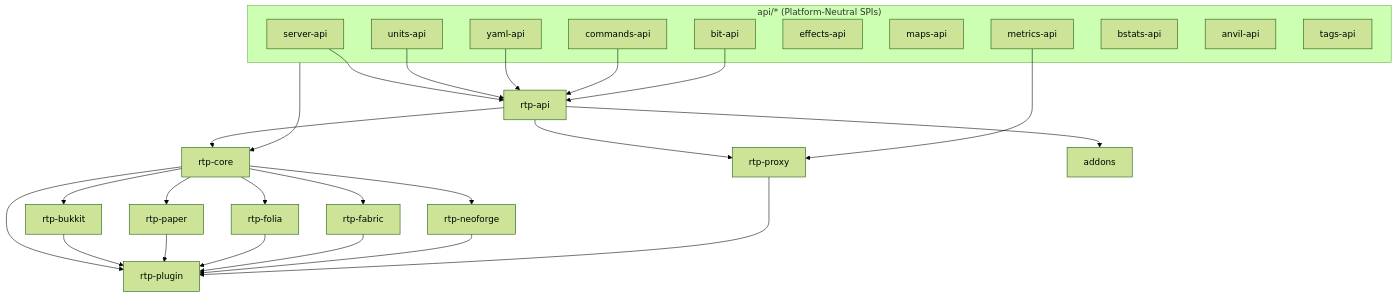
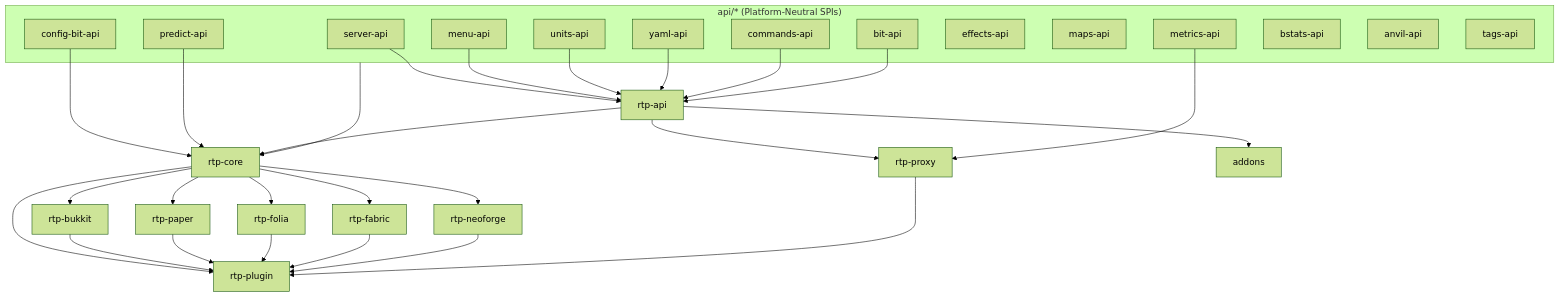
One commit to DailyStruggle/RTP changed the diagram in docs/dev/ARCHITECTURE.md. Above: the diagram before and after it, drawn with Mermaid (forest theme). The commit also changed other lines of this file and 236 other files, not shown here.

````diff
--- a/docs/dev/ARCHITECTURE.md
+++ b/docs/dev/ARCHITECTURE.md
@@ -56,43 +59,49 @@
 ```mermaid
 graph TD
     subgraph SPI ["api/* (Platform-Neutral SPIs)"]
         server-api
         units-api
         yaml-api
         commands-api
         bit-api
+        config-bit-api
+        menu-api
+        predict-api
         effects-api
         maps-api
         metrics-api
         bstats-api
         anvil-api
         tags-api
     end
 
     server-api --> rtp-api
+    menu-api --> rtp-api
     units-api --> rtp-api
     yaml-api --> rtp-api
     commands-api --> rtp-api
     bit-api --> rtp-api
+    config-bit-api --> rtp-core
+    predict-api --> rtp-core
 
     rtp-api --> rtp-core
     SPI --> rtp-core
 
     rtp-core --> rtp-bukkit
     rtp-core --> rtp-paper
     rtp-core --> rtp-folia
     rtp-core --> rtp-fabric
     rtp-core --> rtp-neoforge
     rtp-api --> rtp-proxy
     metrics-api --> rtp-proxy
 
     rtp-core --> rtp-plugin
     rtp-bukkit --> rtp-plugin
     rtp-paper --> rtp-plugin
     rtp-folia --> rtp-plugin
     rtp-fabric --> rtp-plugin
     rtp-neoforge --> rtp-plugin
     rtp-proxy --> rtp-plugin
 
     rtp-api --> addons
 ```
````
